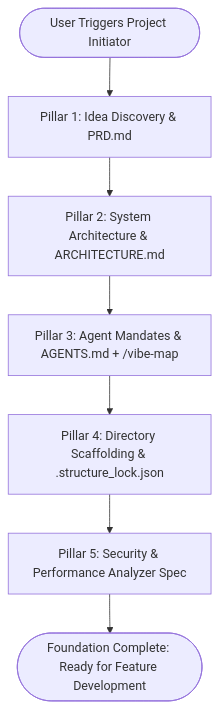
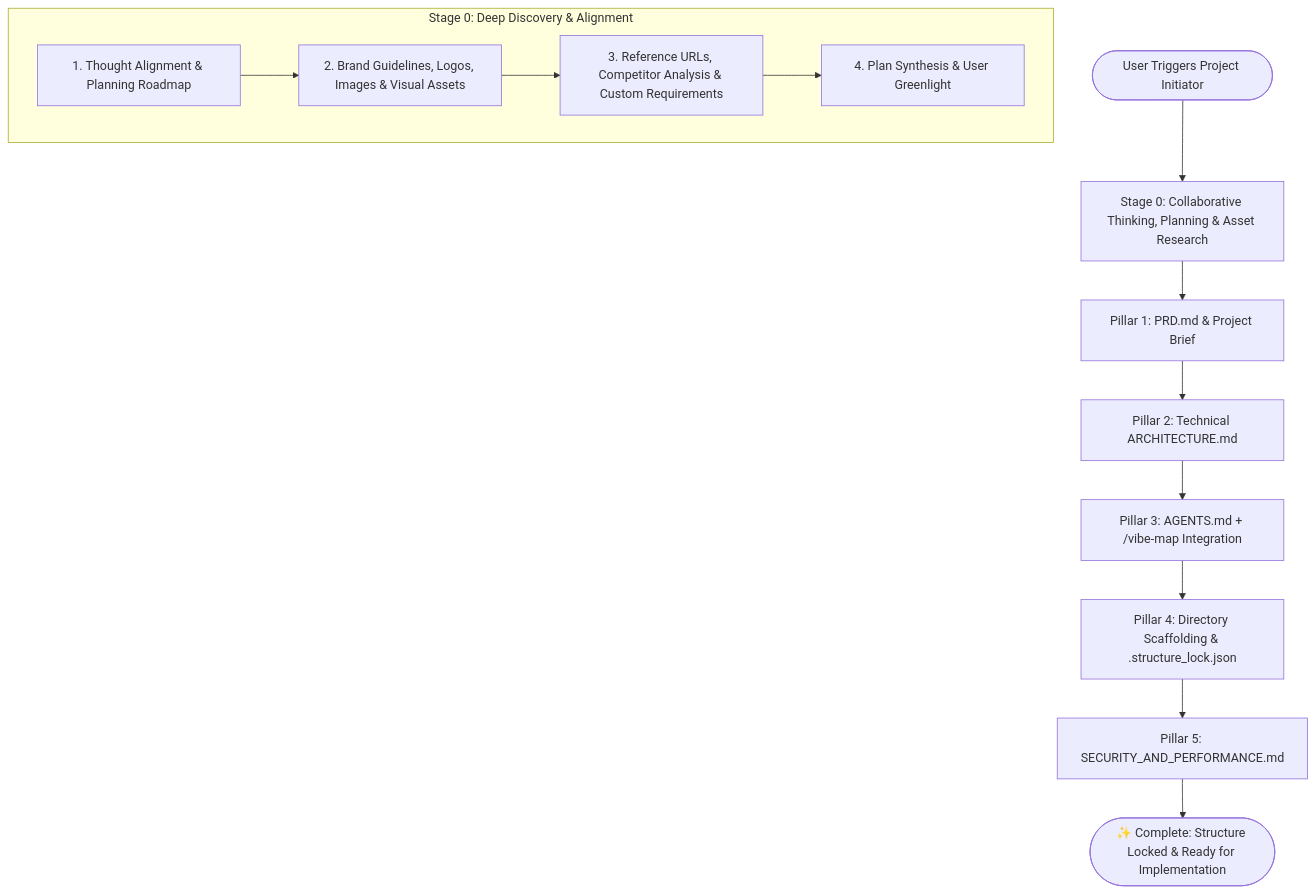
Before and after one commit to muchandresh/project-initiator: the diagram in SKILL.md, drawn with Mermaid. The commit also changed other lines of this file and 3 other files, not shown here.

Commit message:
feat: add Stage 0 thinking, planning, branding, visual assets, and deep research flow

````diff
--- a/SKILL.md
+++ b/SKILL.md
@@ -62,9 +57,17 @@
 ```mermaid
 flowchart TD
-    Start([User Triggers Project Initiator]) --> Step1[Pillar 1: Idea Discovery & PRD.md]
-    Step1 --> Step2[Pillar 2: System Architecture & ARCHITECTURE.md]
-    Step2 --> Step3[Pillar 3: Agent Mandates & AGENTS.md + /vibe-map]
-    Step3 --> Step4[Pillar 4: Directory Scaffolding & .structure_lock.json]
-    Step4 --> Step5[Pillar 5: Security & Performance Analyzer Spec]
-    Step5 --> Locked([Foundation Complete: Ready for Feature Development])
+    Start([User Triggers Project Initiator]) --> Stage0[Stage 0: Collaborative Thinking, Planning & Asset Research]
+    subgraph Stage0Details ["Stage 0: Deep Discovery & Alignment"]
+        S0A[1. Thought Alignment & Planning Roadmap]
+        S0B[2. Brand Guidelines, Logos, Images & Visual Assets]
+        S0C[3. Reference URLs, Competitor Analysis & Custom Requirements]
+        S0D[4. Plan Synthesis & User Greenlight]
+        S0A --> S0B --> S0C --> S0D
+    end
+    Stage0 --> Pillar1[Pillar 1: PRD.md & Project Brief]
+    Pillar1 --> Pillar2[Pillar 2: Technical ARCHITECTURE.md]
+    Pillar2 --> Pillar3[Pillar 3: AGENTS.md + /vibe-map Integration]
+    Pillar3 --> Pillar4[Pillar 4: Directory Scaffolding & .structure_lock.json]
+    Pillar4 --> Pillar5[Pillar 5: SECURITY_AND_PERFORMANCE.md]
+    Pillar5 --> Ready([✨ Complete: Structure Locked & Ready for Implementation])
 ```
````
